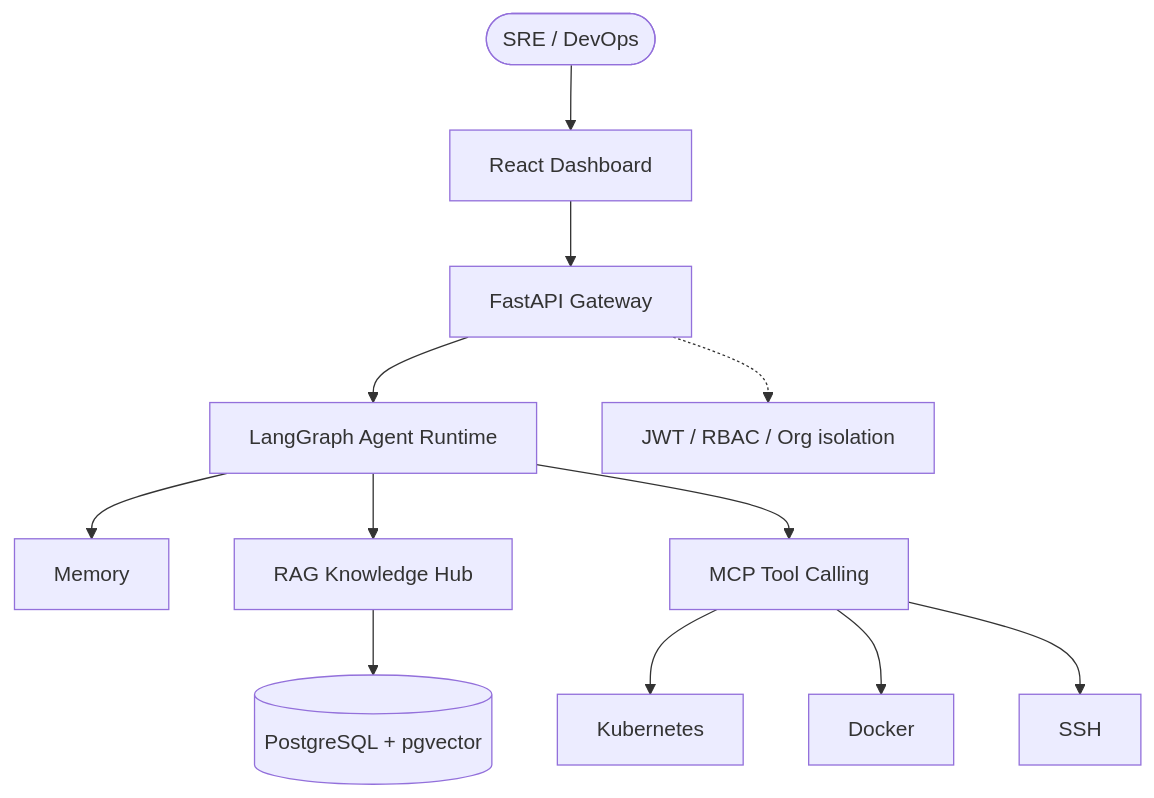
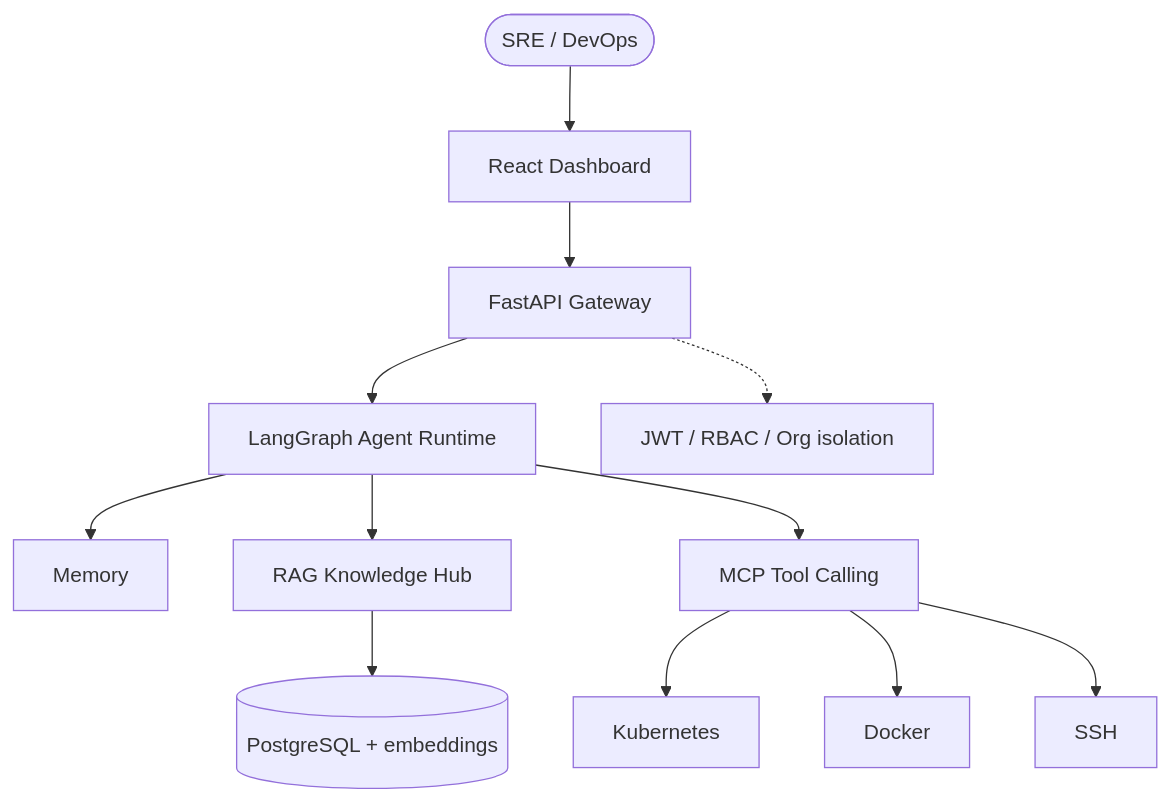
The first of 2 diagrams in README_EN.md (zhifengjin050-arch/enterprise-ai-sre-platform), drawn with Mermaid before and after one commit. The commit also changed other lines of this file and 134 other files, not shown here.

````diff
--- a/README_EN.md
+++ b/README_EN.md
@@ -52,14 +52,14 @@
 ```mermaid
 flowchart TB
     User([SRE / DevOps]) --> UI[React Dashboard]
     UI --> API[FastAPI Gateway]
     API --> Agent[LangGraph Agent Runtime]
     Agent --> Mem[Memory]
     Agent --> RAG[RAG Knowledge Hub]
     Agent --> MCP[MCP Tool Calling]
     MCP --> K8s[Kubernetes]
     MCP --> Docker[Docker]
     MCP --> SSH[SSH]
-    RAG --> PG[(PostgreSQL + pgvector)]
+    RAG --> PG[(PostgreSQL + embeddings)]
     API -.-> JWT[JWT / RBAC / Org isolation]
 ```
````
